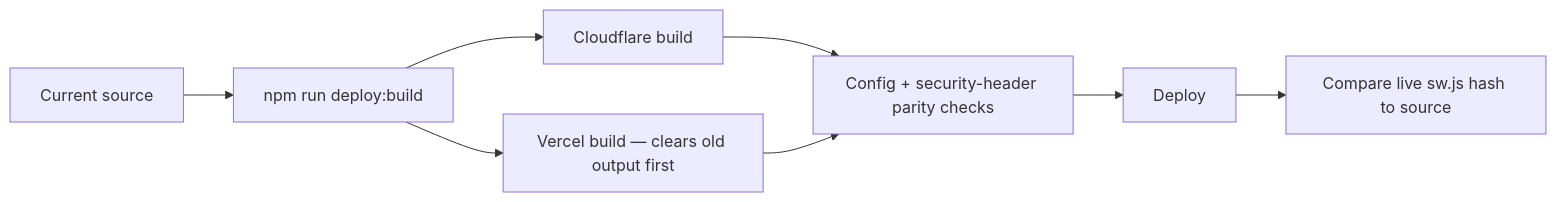
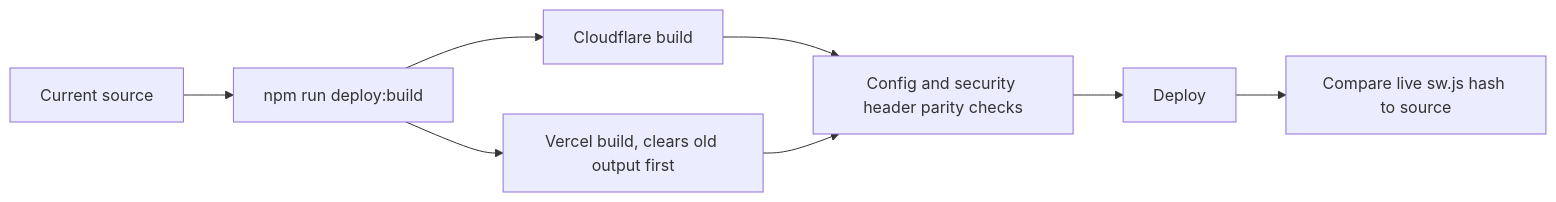
Before and after one commit to hamzabhulla/VibeTalk: the fifth of 5 diagrams in README.md, drawn with Mermaid. The commit also changed other lines of this file, not shown here.

````diff
--- a/README.md
+++ b/README.md
@@ -191,10 +191,10 @@
 ```mermaid
 flowchart LR
     A["Current source"] --> B["npm run deploy:build"]
     B --> C["Cloudflare build"]
-    B --> D["Vercel build — clears old output first"]
-    C --> E["Config + security-header parity checks"]
+    B --> D["Vercel build, clears old output first"]
+    C --> E["Config and security header parity checks"]
     D --> E
     E --> F["Deploy"]
     F --> G["Compare live sw.js hash to source"]
 ```
````
